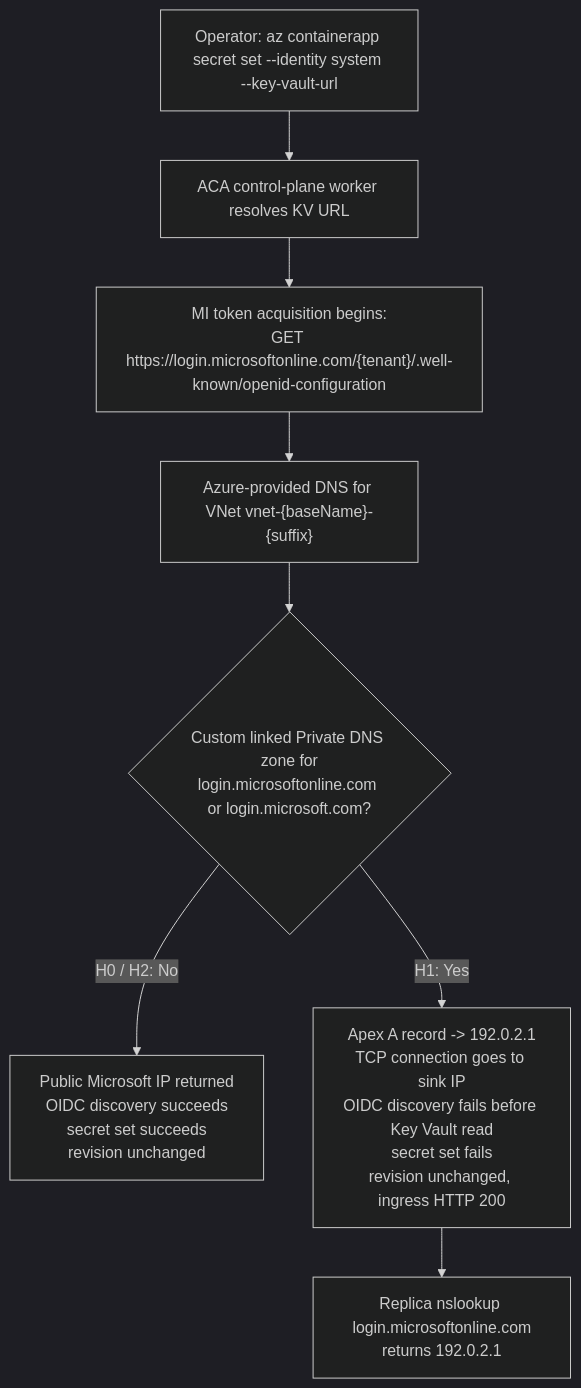
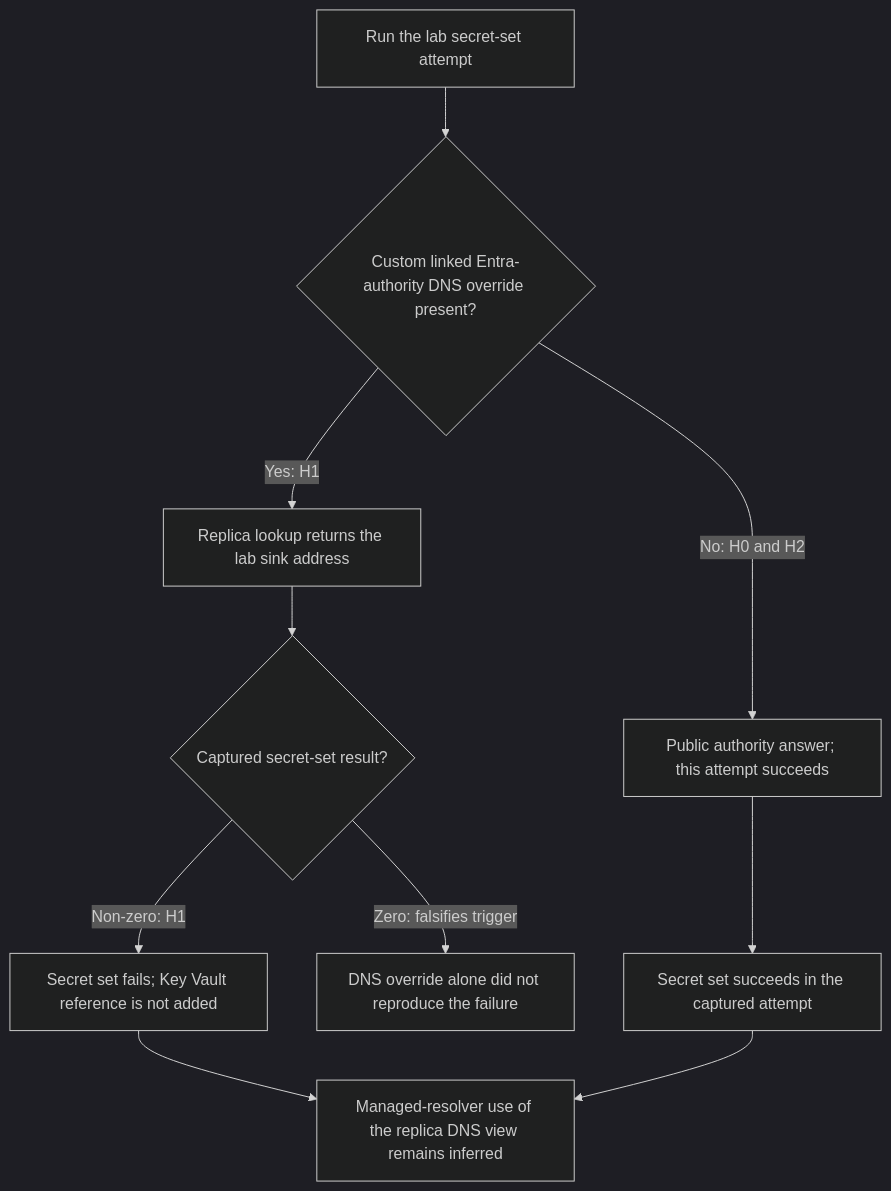
One commit to yeongseon/azure-container-apps-practical-guide changed the diagram in docs/troubleshooting/lab-guides/aca-secret-kv-ref-mi-network-path-h4e.md. Above: the diagram before and after it, drawn with Mermaid (dark theme). The commit also changed other lines of this file and 23 other files, not shown here.

Commit message:
docs(diagrams): migrate the first lab-guide diagram batch (#625)

````diff
--- a/docs/troubleshooting/lab-guides/aca-secret-kv-ref-mi-network-path-h4e.md
+++ b/docs/troubleshooting/lab-guides/aca-secret-kv-ref-mi-network-path-h4e.md
@@ -54,10 +54,14 @@
 ```mermaid
 flowchart TD
-    A["Operator: az containerapp secret set --identity system --key-vault-url"] --> B["ACA control-plane worker resolves KV URL"]
-    B --> C["MI token acquisition begins:<br/>GET https://login.microsoftonline.com/{tenant}/.well-known/openid-configuration"]
-    C --> D["Azure-provided DNS for VNet vnet-{baseName}-{suffix}"]
-    D --> E{"Custom linked Private DNS zone for<br/>login.microsoftonline.com or login.microsoft.com?"}
-    E -->|H0 / H2: No| F["Public Microsoft IP returned<br/>OIDC discovery succeeds<br/>secret set succeeds<br/>revision unchanged"]
-    E -->|H1: Yes| G["Apex A record -> 192.0.2.1<br/>TCP connection goes to sink IP<br/>OIDC discovery fails before Key Vault read<br/>secret set fails<br/>revision unchanged, ingress HTTP 200"]
-    G --> H["Replica nslookup login.microsoftonline.com<br/>returns 192.0.2.1"]
+    accTitle: Bound H4e DNS evidence to captured outcomes
+    accDescr: The lab first records whether the custom Entra-authority DNS override is present. With no override, the secret-set command succeeds. With the override, the replica lookup returns the sink address and the separately captured secret-set attempt fails. Removing the override restores both a public replica answer and secret-set success. Whether the managed resolver used the replica's DNS view remains inferred.
+    ATTEMPT["Run the lab secret-set attempt"] --> OVERRIDE{"Custom linked Entra-authority DNS override present?"}
+    OVERRIDE -->|No: H0 and H2| PUBLIC["Public authority answer; this attempt succeeds"]
+    OVERRIDE -->|Yes: H1| SINK["Replica lookup returns the lab sink address"]
+    SINK --> RESULT{"Captured secret-set result?"}
+    RESULT -->|Non-zero: H1| FAIL["Secret set fails; Key Vault reference is not added"]
+    RESULT -->|Zero: falsifies trigger| OTHER["DNS override alone did not reproduce the failure"]
+    PUBLIC --> SUCCESS["Secret set succeeds in the captured attempt"]
+    FAIL --> LIMIT["Managed-resolver use of the replica DNS view remains inferred"]
+    SUCCESS --> LIMIT
 ```
````
